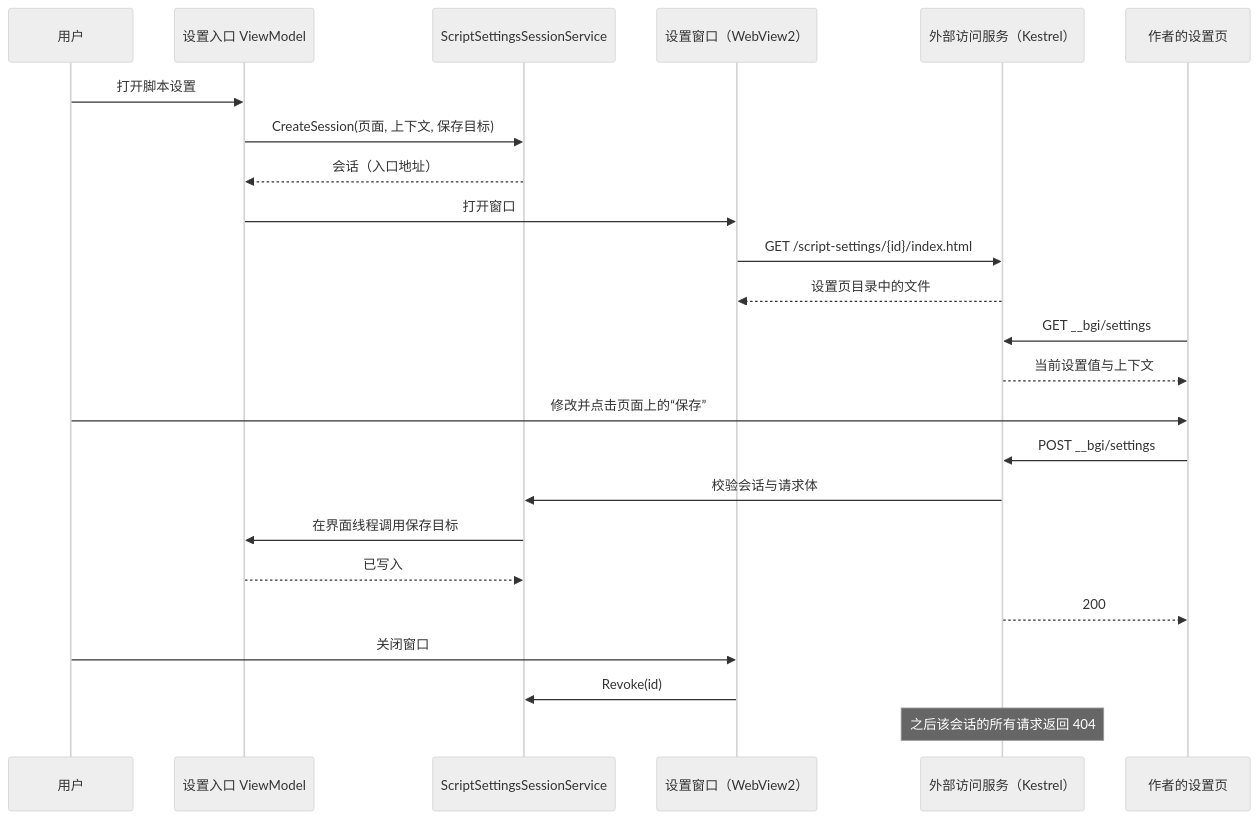
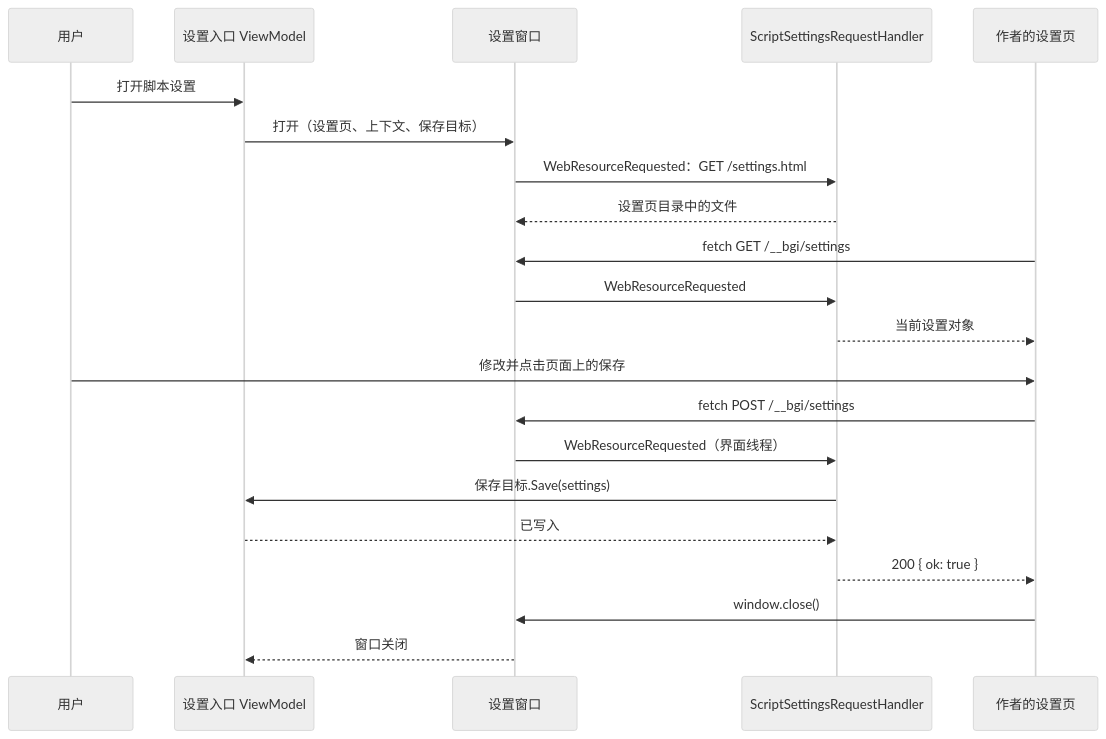
One commit to babalae/better-genshin-impact changed the first of 2 diagrams in Docs/design/js-script-html-settings.md. Above: the diagram before and after it, drawn with Mermaid (neutral theme). The commit also changed other lines of this file and 1 other file, not shown here.

Commit message:
docs(design): JS 脚本 HTML 设置页改为 WebView2 进程内保存接口（第 3 版）

````diff
--- a/Docs/design/js-script-html-settings.md
+++ b/Docs/design/js-script-html-settings.md
@@ -138,26 +242,23 @@
 ```mermaid
 sequenceDiagram
     participant U as 用户
     participant E as 设置入口 ViewModel
-    participant S as ScriptSettingsSessionService
-    participant W as 设置窗口（WebView2）
-    participant K as 外部访问服务（Kestrel）
+    participant W as 设置窗口
+    participant H as ScriptSettingsRequestHandler
     participant P as 作者的设置页
     U->>E: 打开脚本设置
-    E->>S: CreateSession(页面, 上下文, 保存目标)
-    S-->>E: 会话（入口地址）
-    E->>W: 打开窗口
-    W->>K: GET /script-settings/{id}/index.html
-    K-->>W: 设置页目录中的文件
-    P->>K: GET __bgi/settings
-    K-->>P: 当前设置值与上下文
-    U->>P: 修改并点击页面上的“保存”
-    P->>K: POST __bgi/settings
-    K->>S: 校验会话与请求体
-    S->>E: 在界面线程调用保存目标
-    E-->>S: 已写入
-    K-->>P: 200
-    U->>W: 关闭窗口
-    W->>S: Revoke(id)
-    Note over K: 之后该会话的所有请求返回 404
+    E->>W: 打开（设置页、上下文、保存目标）
+    W->>H: WebResourceRequested：GET /settings.html
+    H-->>W: 设置页目录中的文件
+    P->>W: fetch GET /__bgi/settings
+    W->>H: WebResourceRequested
+    H-->>P: 当前设置对象
+    U->>P: 修改并点击页面上的保存
+    P->>W: fetch POST /__bgi/settings
+    W->>H: WebResourceRequested（界面线程）
+    H->>E: 保存目标.Save(settings)
+    E-->>H: 已写入
+    H-->>P: 200 { ok: true }
+    P->>W: window.close()
+    W-->>E: 窗口关闭
 ```
````
